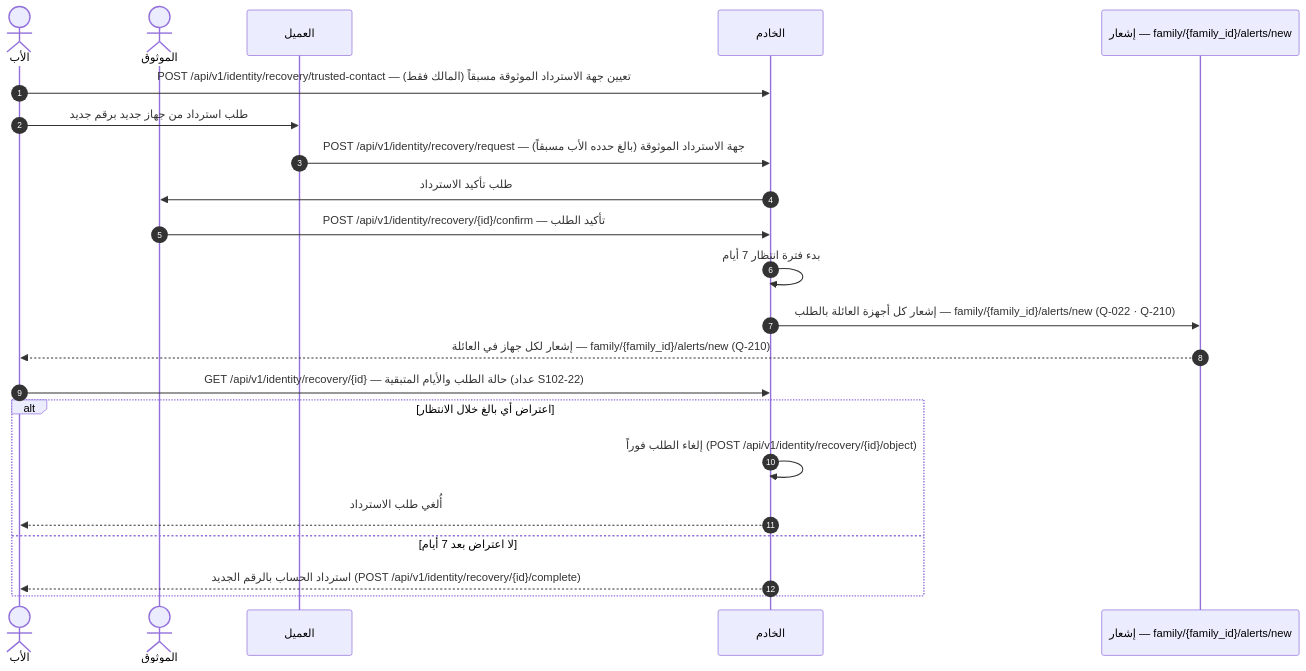
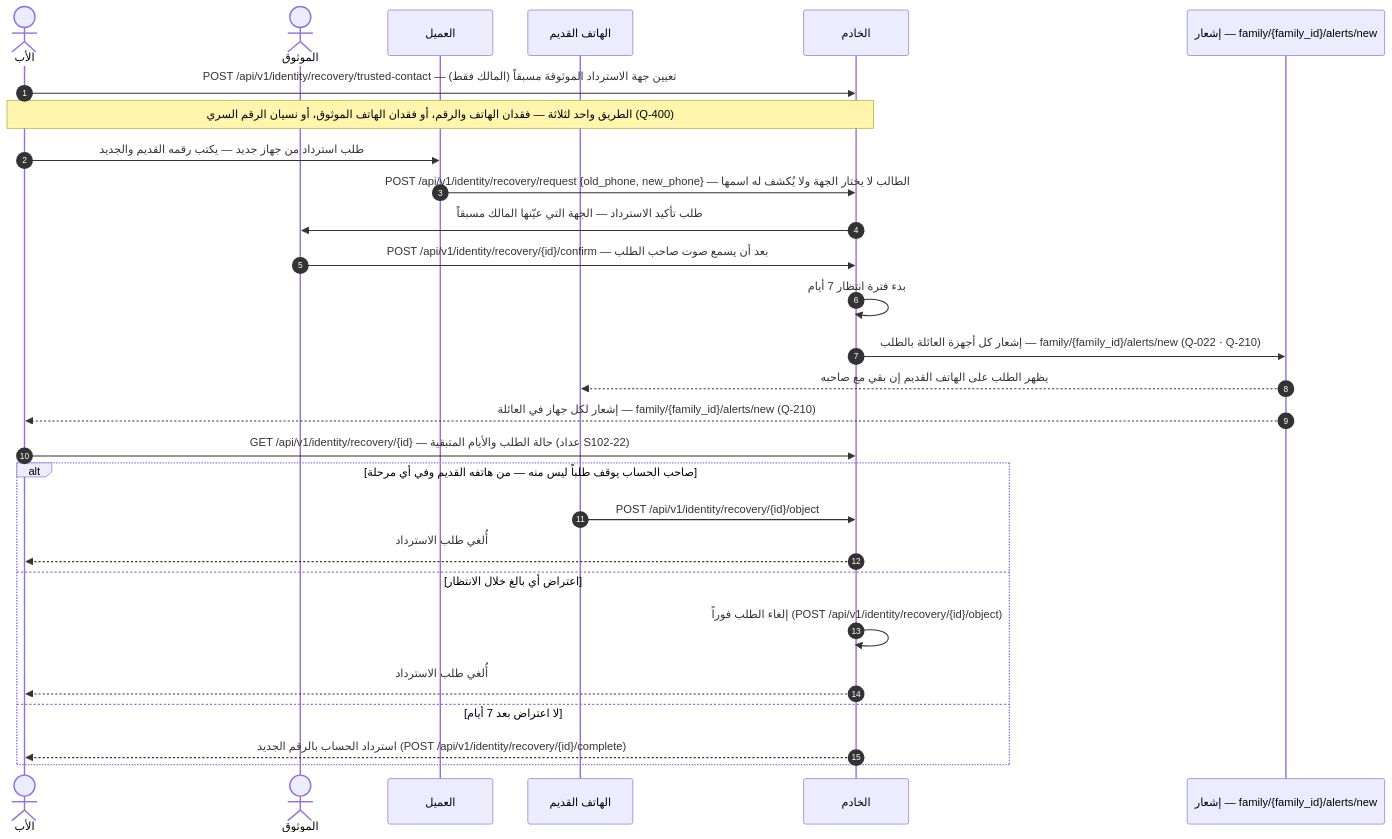
The eighth of 15 diagrams in docs/family-os/governance/phases/phase-1/S1-02-identity-and-onboarding/DIAGRAMS.md (Bassam-mohammed-alqaeadi/family-os-v2), drawn with Mermaid before and after one commit. The commit also changed other lines of this file and 13 other files, not shown here.

````diff
--- a/docs/family-os/governance/phases/phase-1/S1-02-identity-and-onboarding/DIAGRAMS.md
+++ b/docs/family-os/governance/phases/phase-1/S1-02-identity-and-onboarding/DIAGRAMS.md
@@ -425,24 +447,30 @@
 ```mermaid
 sequenceDiagram
     autonumber
     actor Father as الأب
     actor Trusted as الموثوق
     participant Client as العميل
+    participant Old as الهاتف القديم
     participant Ktor as الخادم
     participant MQTT as إشعار — family/{family_id}/alerts/new
     Father->>Ktor: POST /api/v1/identity/recovery/trusted-contact — تعيين جهة الاسترداد الموثوقة مسبقاً (المالك فقط)
-    Father->>Client: طلب استرداد من جهاز جديد برقم جديد
-    Client->>Ktor: POST /api/v1/identity/recovery/request — جهة الاسترداد الموثوقة (بالغ حدده الأب مسبقاً)
-    Ktor->>Trusted: طلب تأكيد الاسترداد
-    Trusted->>Ktor: POST /api/v1/identity/recovery/{id}/confirm — تأكيد الطلب
+    Note over Father,Ktor: الطريق واحد لثلاثة — فقدان الهاتف والرقم، أو فقدان الهاتف الموثوق، أو نسيان الرقم السري (Q-400)
+    Father->>Client: طلب استرداد من جهاز جديد — يكتب رقمه القديم والجديد
+    Client->>Ktor: POST /api/v1/identity/recovery/request {old_phone, new_phone} — الطالب لا يختار الجهة ولا يُكشف له اسمها
+    Ktor->>Trusted: طلب تأكيد الاسترداد — الجهة التي عيّنها المالك مسبقاً
+    Trusted->>Ktor: POST /api/v1/identity/recovery/{id}/confirm — بعد أن يسمع صوت صاحب الطلب
     Ktor->>Ktor: بدء فترة انتظار 7 أيام
     Ktor->>MQTT: إشعار كل أجهزة العائلة بالطلب — family/{family_id}/alerts/new (Q-022 · Q-210)
+    MQTT-->>Old: يظهر الطلب على الهاتف القديم إن بقي مع صاحبه
     MQTT-->>Father: إشعار لكل جهاز في العائلة — family/{family_id}/alerts/new (Q-210)
     Father->>Ktor: GET /api/v1/identity/recovery/{id} — حالة الطلب والأيام المتبقية (عداد S102-22)
-    alt اعتراض أي بالغ خلال الانتظار
+    alt صاحب الحساب يوقف طلباً ليس منه — من هاتفه القديم وفي أي مرحلة
+        Old->>Ktor: POST /api/v1/identity/recovery/{id}/object
+        Ktor-->>Father: أُلغي طلب الاسترداد
+    else اعتراض أي بالغ خلال الانتظار
         Ktor->>Ktor: إلغاء الطلب فوراً (POST /api/v1/identity/recovery/{id}/object)
         Ktor-->>Father: أُلغي طلب الاسترداد
     else لا اعتراض بعد 7 أيام
         Ktor-->>Father: استرداد الحساب بالرقم الجديد (POST /api/v1/identity/recovery/{id}/complete)
     end
 ```
````
